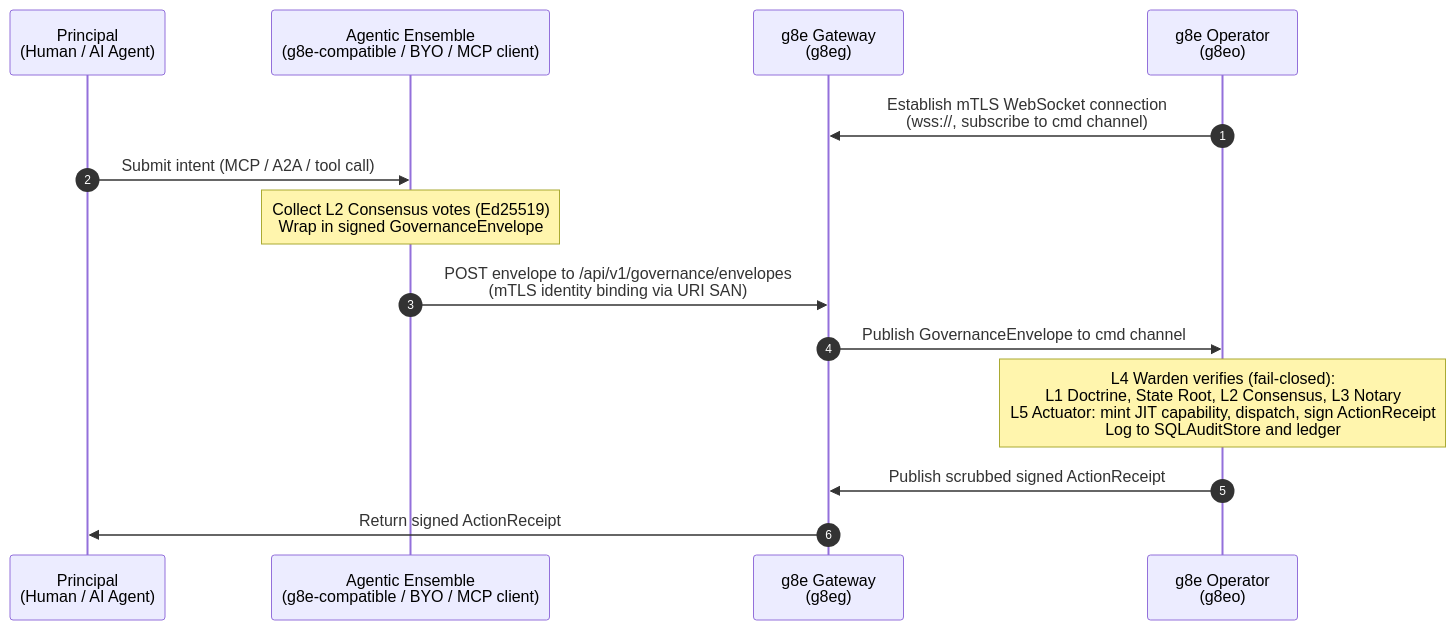
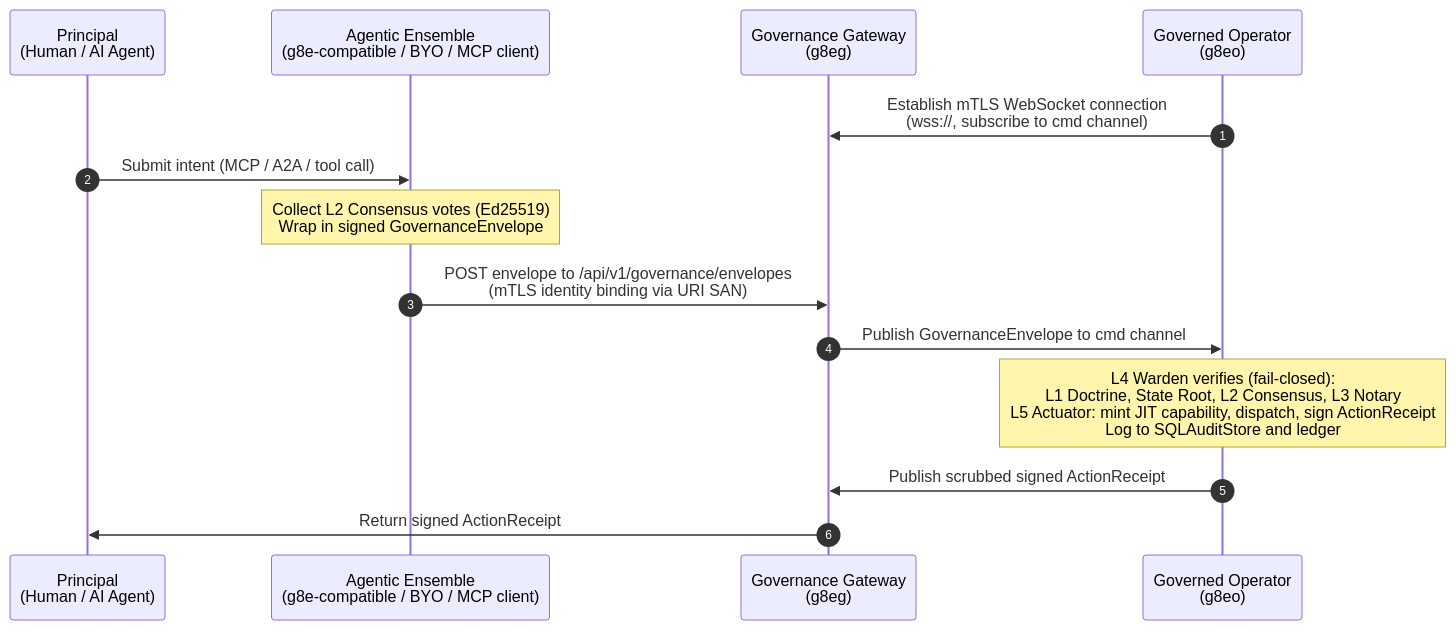
One commit to g8e-ai/g8e changed the diagram in docs/diagrams/sequence-principal-ensemble-gateway-operator-v3.md. Above: the diagram before and after it, drawn with Mermaid. The commit also changed other lines of this file and 131 other files, not shown here.

````diff
--- a/docs/diagrams/sequence-principal-ensemble-gateway-operator-v3.md
+++ b/docs/diagrams/sequence-principal-ensemble-gateway-operator-v3.md
@@ -5,21 +5,21 @@
 ```mermaid
 sequenceDiagram
     autonumber
     participant Principal as Principal<br/>(Human / AI Agent)
     participant Ensemble as Agentic Ensemble<br/>(g8e-compatible / BYO / MCP client)
-    participant Gateway as g8e Gateway<br/>(g8eg)
-    participant Operator as g8e Operator<br/>(g8eo)
+    participant Gateway as Governance Gateway<br/>(g8eg)
+    participant Operator as Governed Operator<br/>(g8eo)
 
     Operator->>Gateway: Establish mTLS WebSocket connection<br/>(wss://, subscribe to cmd channel)
 
     Principal->>Ensemble: Submit intent (MCP / A2A / tool call)
     Note over Ensemble: Collect L2 Consensus votes (Ed25519)<br/>Wrap in signed GovernanceEnvelope
     Ensemble->>Gateway: POST envelope to /api/v1/governance/envelopes<br/>(mTLS identity binding via URI SAN)
 
     Gateway->>Operator: Publish GovernanceEnvelope to cmd channel
 
     Note over Operator: L4 Warden verifies (fail-closed):<br/>L1 Doctrine, State Root, L2 Consensus, L3 Notary<br/>L5 Actuator: mint JIT capability, dispatch, sign ActionReceipt<br/>Log to SQLAuditStore and ledger
 
     Operator->>Gateway: Publish scrubbed signed ActionReceipt
     Gateway->>Principal: Return signed ActionReceipt
 ```
````
